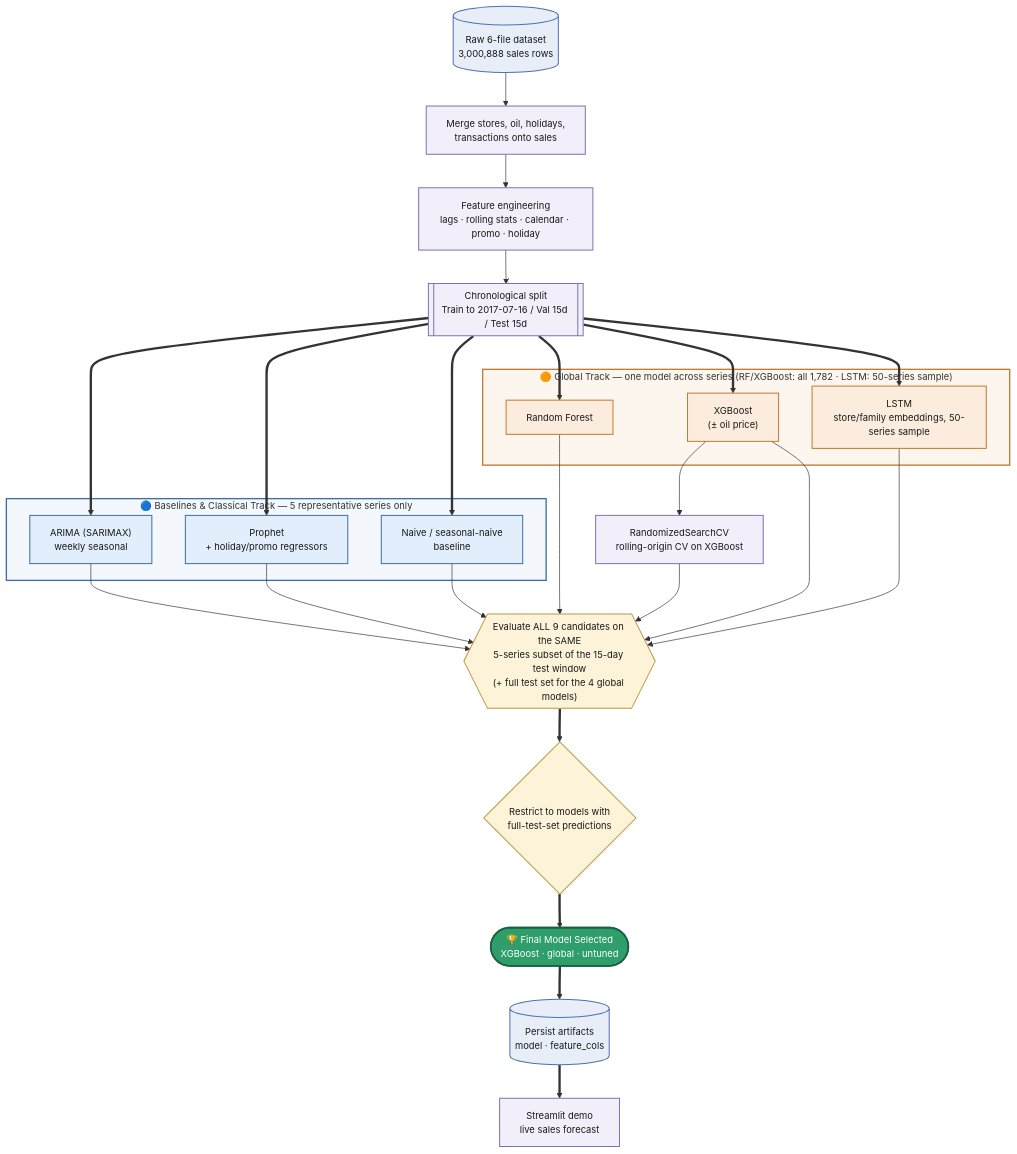
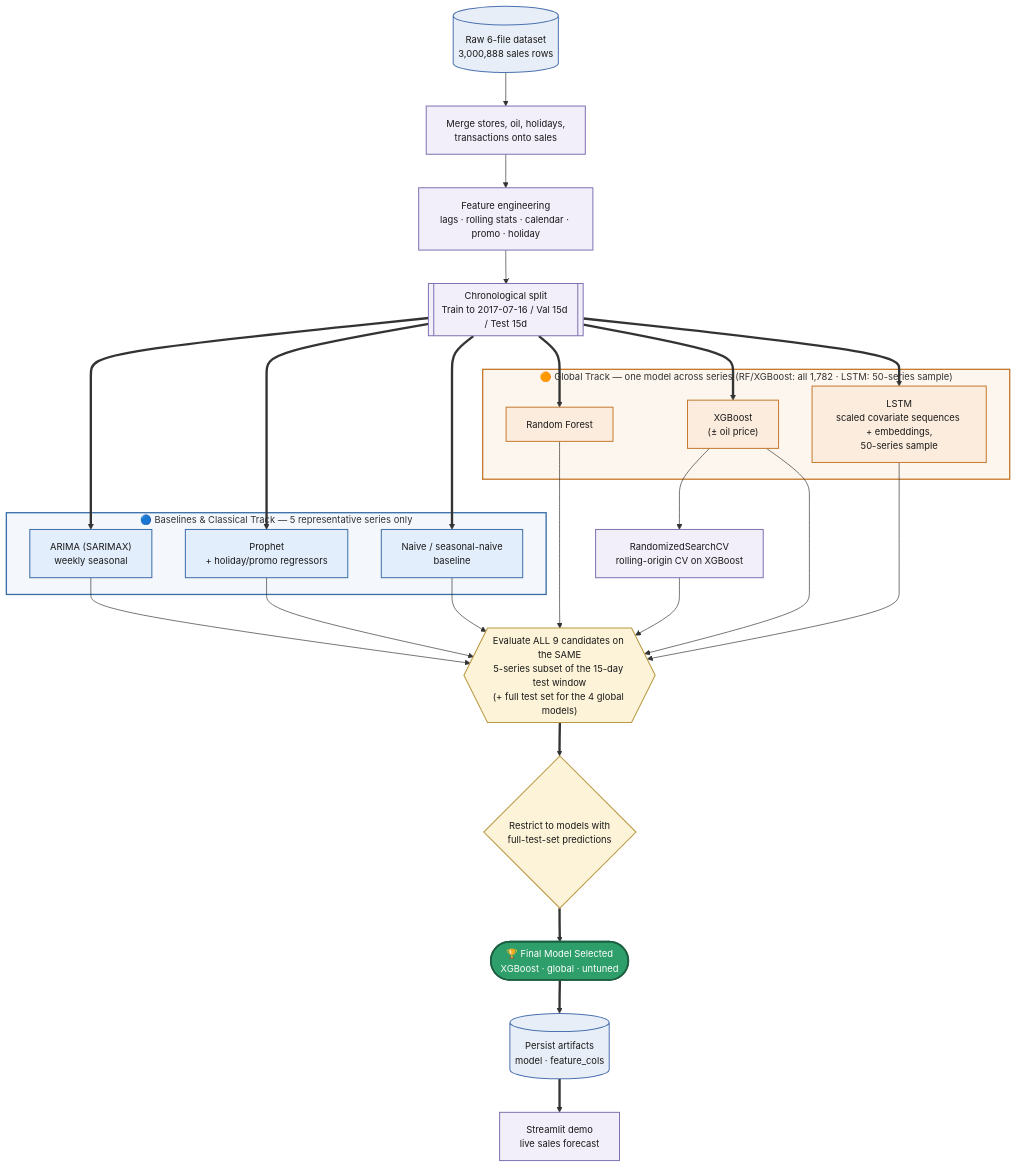
One commit to Sudharshan205-Proj/retail-demand-forecasting changed the third of 3 diagrams in README.md. Above: the diagram before and after it, drawn with Mermaid. The commit also changed other lines of this file and 11 other files, not shown here.

````diff
--- a/README.md
+++ b/README.md
@@ -237,65 +237,65 @@
 ```mermaid
 %%{init: {"flowchart": {"curve": "basis"}, "themeVariables": {"fontSize": "14px"}}}%%
 flowchart TD
     R[("Raw 6-file dataset<br/>3,000,888 sales rows")]
     S["Merge stores, oil, holidays,<br/>transactions onto sales"]
     FE["Feature engineering<br/>lags · rolling stats · calendar · promo · holiday"]
     SPLIT[["Chronological split<br/>Train to 2017-07-16 / Val 15d / Test 15d"]]
 
     R --> S --> FE --> SPLIT
 
     subgraph CLASSICAL["🔵 Baselines & Classical Track — 5 representative series only"]
         V1["Naive / seasonal-naive<br/>baseline"]
         U1["ARIMA (SARIMAX)<br/>weekly seasonal"]
         U2["Prophet<br/>+ holiday/promo regressors"]
     end
 
     subgraph GLOBAL["🟠 Global Track — one model across series (RF/XGBoost: all 1,782 · LSTM: 50-series sample)"]
         V2["Random Forest"]
         V3["XGBoost<br/>(± oil price)"]
-        V4["LSTM<br/>store/family embeddings, 50-series sample"]
+        V4["LSTM<br/>scaled covariate sequences + embeddings,<br/>50-series sample"]
     end
 
     SPLIT ==> U1
     SPLIT ==> U2
     SPLIT ==> V1
     SPLIT ==> V2
     SPLIT ==> V3
     SPLIT ==> V4
 
     TUNE["RandomizedSearchCV<br/>rolling-origin CV on XGBoost"]
     V3 --> TUNE
 
     EVAL{{"Evaluate ALL 9 candidates on the SAME<br/>5-series subset of the 15-day test window<br/>(+ full test set for the 4 global models)"}}
     U1 --> EVAL
     U2 --> EVAL
     V1 --> EVAL
     V2 --> EVAL
     V3 --> EVAL
     V4 --> EVAL
     TUNE --> EVAL
 
     DEPLOY{"Restrict to models with<br/>full-test-set predictions"}
     FINAL(["🏆 Final Model Selected<br/>XGBoost · global · untuned"])
     ART[("Persist artifacts<br/>model · feature_cols")]
     DEMO["Streamlit demo<br/>live sales forecast"]
 
     EVAL ==> DEPLOY ==> FINAL ==> ART ==> DEMO
 
     classDef data     fill:#e8eef7,stroke:#4C72B0,stroke-width:1.5px,color:#1a1a1a
     classDef decision fill:#fdf3d8,stroke:#b8973f,stroke-width:1.5px,color:#1a1a1a
     classDef process  fill:#f2eefa,stroke:#8172B2,stroke-width:1.5px,color:#1a1a1a
     classDef classical fill:#e3eefc,stroke:#3d6ea8,stroke-width:1.5px,color:#1a1a1a
     classDef global   fill:#fcecdd,stroke:#c47a2f,stroke-width:1.5px,color:#1a1a1a
     classDef final    fill:#2e9e6b,stroke:#1d5f41,stroke-width:2.5px,color:#ffffff
 
     class R,ART data
     class DEPLOY,EVAL decision
     class S,FE,SPLIT,TUNE,DEMO process
     class V1,U1,U2 classical
     class V2,V3,V4 global
     class FINAL final
 
     style CLASSICAL fill:#f4f8fd,stroke:#3d6ea8,stroke-width:2px
     style GLOBAL    fill:#fdf6ee,stroke:#c47a2f,stroke-width:2px
 ```
````
